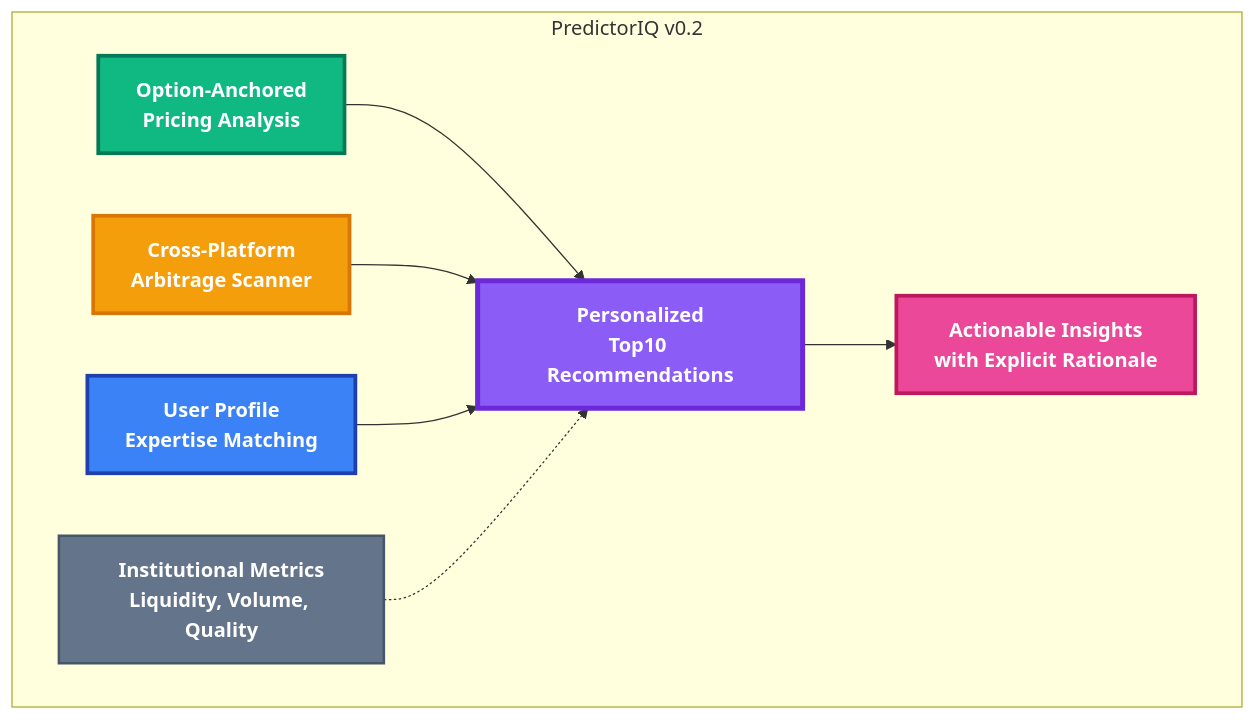
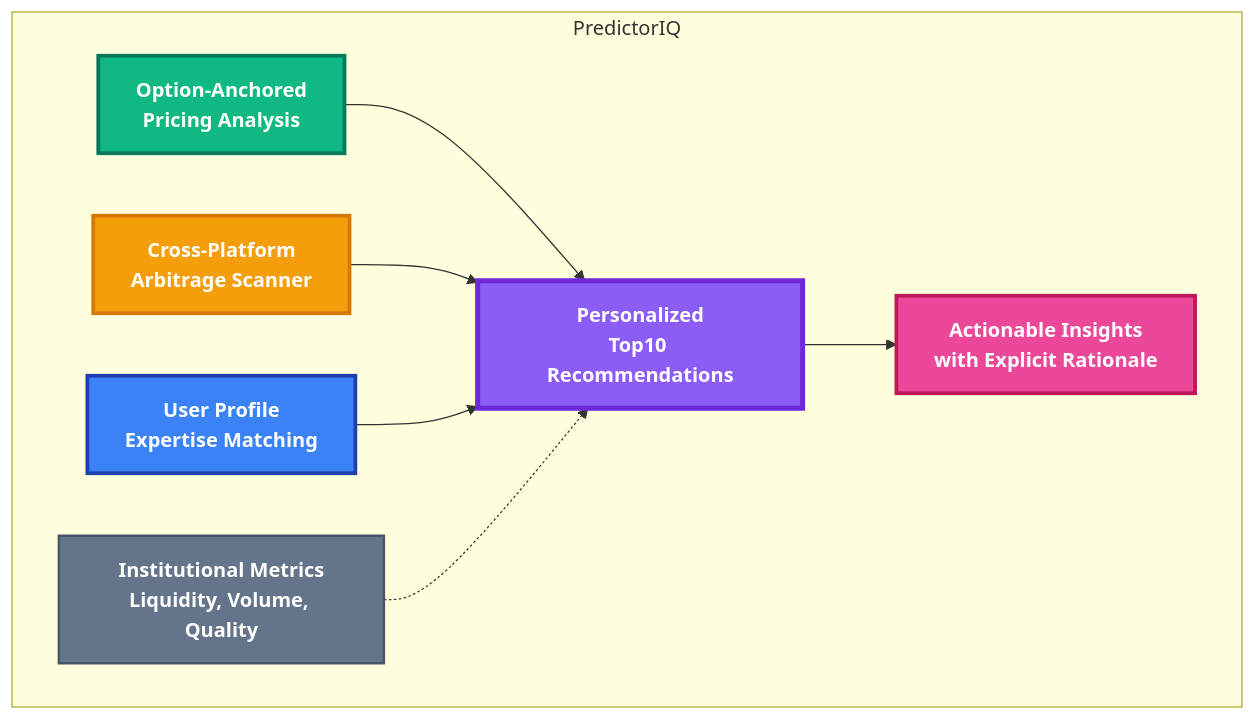
Before and after one commit to nelsonjingusc/predictoriq-demo: the first of 4 diagrams in docs/PRODUCT_OVERVIEW.md, drawn with Mermaid. The commit also changed other lines of this file and 1 other file, not shown here.

````diff
--- a/docs/PRODUCT_OVERVIEW.md
+++ b/docs/PRODUCT_OVERVIEW.md
@@ -23,19 +23,19 @@
 ```mermaid
 graph TB
-    subgraph "PredictorIQ v0.2"
+    subgraph "PredictorIQ"
         A["<b>Option-Anchored<br/>Pricing Analysis</b>"] --> D["<b>Personalized<br/>Top10 Recommendations</b>"]
         B["<b>Cross-Platform<br/>Arbitrage Scanner</b>"] --> D
         C["<b>User Profile<br/>Expertise Matching</b>"] --> D
         
         D --> E["<b>Actionable Insights<br/>with Explicit Rationale</b>"]
         
         F["<b>Institutional Metrics<br/>Liquidity, Volume, Quality</b>"] -.-> D
     end
     
     style A fill:#10B981,stroke:#047857,stroke-width:3px,color:#ffffff
     style B fill:#F59E0B,stroke:#D97706,stroke-width:3px,color:#ffffff
     style C fill:#3B82F6,stroke:#1E40AF,stroke-width:3px,color:#ffffff
     style D fill:#8B5CF6,stroke:#6D28D9,stroke-width:4px,color:#ffffff
     style E fill:#EC4899,stroke:#BE185D,stroke-width:3px,color:#ffffff
     style F fill:#64748B,stroke:#475569,stroke-width:2px,color:#ffffff
 ```
````
